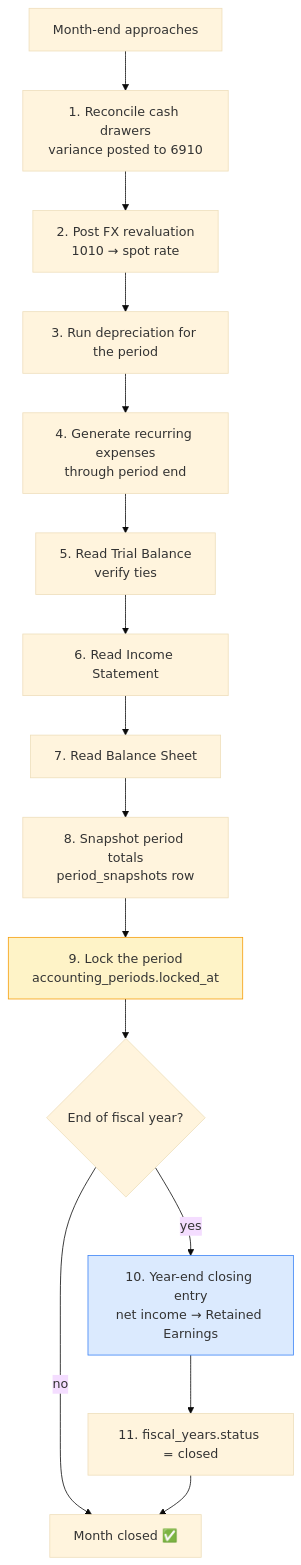
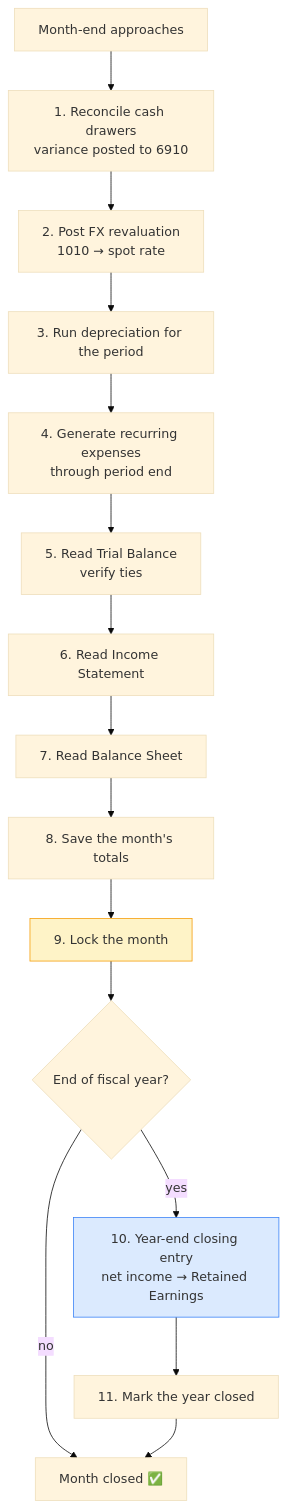
The first of 2 diagrams in docs/manual/docs/finance/period-close.md (quilit-dev/quilit-erp), drawn with Mermaid (base theme) before and after one commit. The commit also changed other lines of this file and 58 other files, not shown here.

````diff
--- a/docs/manual/docs/finance/period-close.md
+++ b/docs/manual/docs/finance/period-close.md
@@ -9,20 +9,20 @@
 ```mermaid
 flowchart TB
     PREP[Month-end approaches] --> REC[1. Reconcile cash drawers<br/>variance posted to 6910]
     REC --> ADJ[2. Post FX revaluation<br/>1010 → spot rate]
     ADJ --> DEP[3. Run depreciation for the period]
     DEP --> EXP[4. Generate recurring expenses<br/>through period end]
     EXP --> TB[5. Read Trial Balance<br/>verify ties]
     TB --> IS[6. Read Income Statement]
     IS --> BS[7. Read Balance Sheet]
-    BS --> SNAP[8. Snapshot period totals<br/>period_snapshots row]
-    SNAP --> LOCK[9. Lock the period<br/>accounting_periods.locked_at]
+    BS --> SNAP[8. Save the month's totals]
+    SNAP --> LOCK[9. Lock the month]
     LOCK --> NEXT{End of fiscal year?}
     NEXT -->|no| DONE[Month closed ✅]
     NEXT -->|yes| YE[10. Year-end closing entry<br/>net income → Retained Earnings]
-    YE --> FY[11. fiscal_years.status = closed]
+    YE --> FY[11. Mark the year closed]
     FY --> DONE
 
     style LOCK fill:#fef3c7,stroke:#f59e0b
     style YE fill:#dbeafe,stroke:#3b82f6
 ```
````
